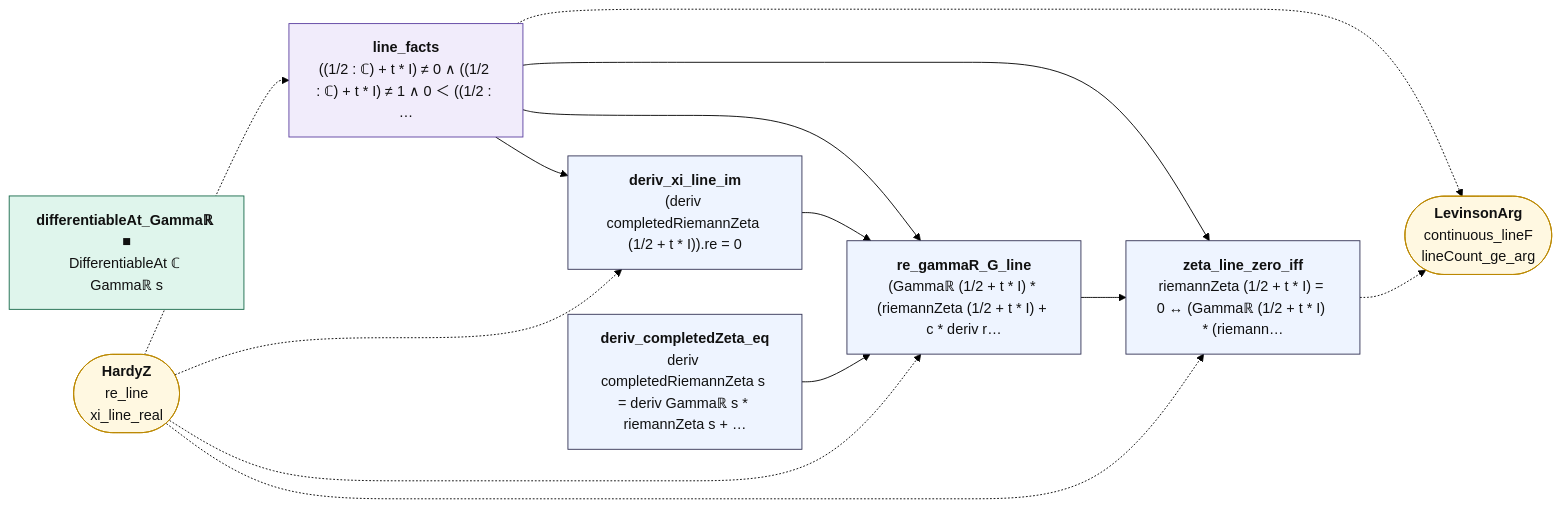
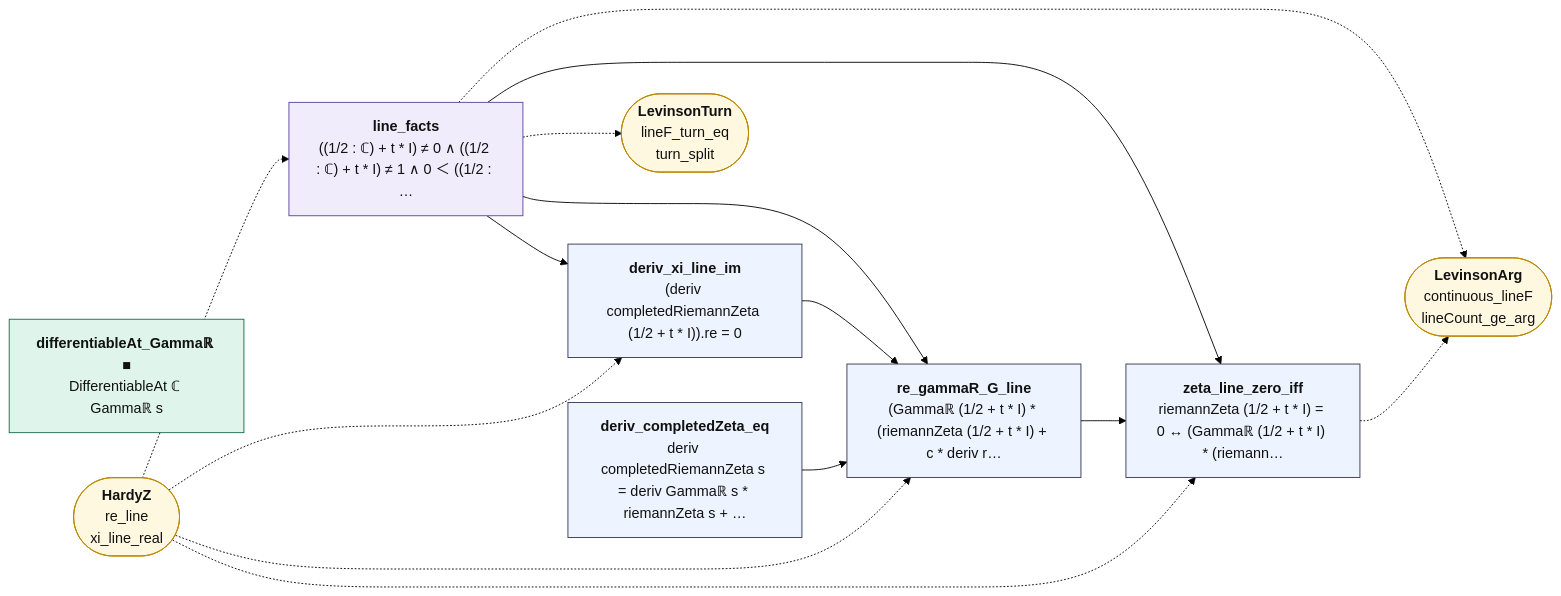
The diagram in map/lean_stage3/LevinsonLine.md (juliansambranojr/Primebeat_081426), drawn with Mermaid (forest theme) before and after one commit. The commit also changed other lines of this file and 14 other files, not shown here.

````diff
--- a/map/lean_stage3/LevinsonLine.md
+++ b/map/lean_stage3/LevinsonLine.md
@@ -14,31 +14,33 @@
 ```mermaid
 flowchart LR
   n0["<b>line_facts</b><br/>((1/2 : ℂ) + t * I) ≠ 0 ∧ ((1/2 : ℂ) + t * I) ≠ 1 ∧ 0 ＜ ((1/2 : …"]:::shp
   n1["<b>deriv_xi_line_im</b><br/>(deriv completedRiemannZeta (1/2 + t * I)).re = 0"]:::thm
   n2["<b>differentiableAt_Gammaℝ ■</b><br/>DifferentiableAt ℂ Gammaℝ s"]:::cnt
   n3["<b>deriv_completedZeta_eq</b><br/>deriv completedRiemannZeta s = deriv Gammaℝ s * riemannZeta s + …"]:::thm
   n4["<b>re_gammaR_G_line</b><br/>(Gammaℝ (1/2 + t * I) * (riemannZeta (1/2 + t * I) + c * deriv r…"]:::thm
   n5["<b>zeta_line_zero_iff</b><br/>riemannZeta (1/2 + t * I) = 0 ↔ (Gammaℝ (1/2 + t * I) * (riemann…"]:::thm
   x0(["<b>HardyZ</b><br/>re_line<br/>xi_line_real"]):::ext
   x1(["<b>LevinsonArg</b><br/>continuous_lineF<br/>lineCount_ge_arg"]):::ext
+  x2(["<b>LevinsonTurn</b><br/>lineF_turn_eq<br/>turn_split"]):::ext
   n0 --> n1
   n0 --> n4
   n0 --> n5
   n1 --> n4
   n3 --> n4
   n4 --> n5
   n0 -.-> x1
+  n0 -.-> x2
   n5 -.-> x1
   x0 -.-> n0
   x0 -.-> n1
   x0 -.-> n4
   x0 -.-> n5
   classDef cnt fill:#dff5ec,stroke:#17694a,color:#111
   classDef shp fill:#f1ecfb,stroke:#5b3fa0,color:#111
   classDef rh fill:#ffe5e5,stroke:#c22,color:#111,stroke-width:2px
   classDef thm fill:#eef4ff,stroke:#335,color:#111
   classDef end_ fill:#e7f7e7,stroke:#2a7,color:#111,stroke-width:2px
   classDef lone fill:#fff,stroke:#999,color:#111,stroke-dasharray:4 3
   classDef bad fill:#ffe5e5,stroke:#c22,color:#111,stroke-width:2px
   classDef ext fill:#fff8e1,stroke:#b80,color:#111
 ```
````
